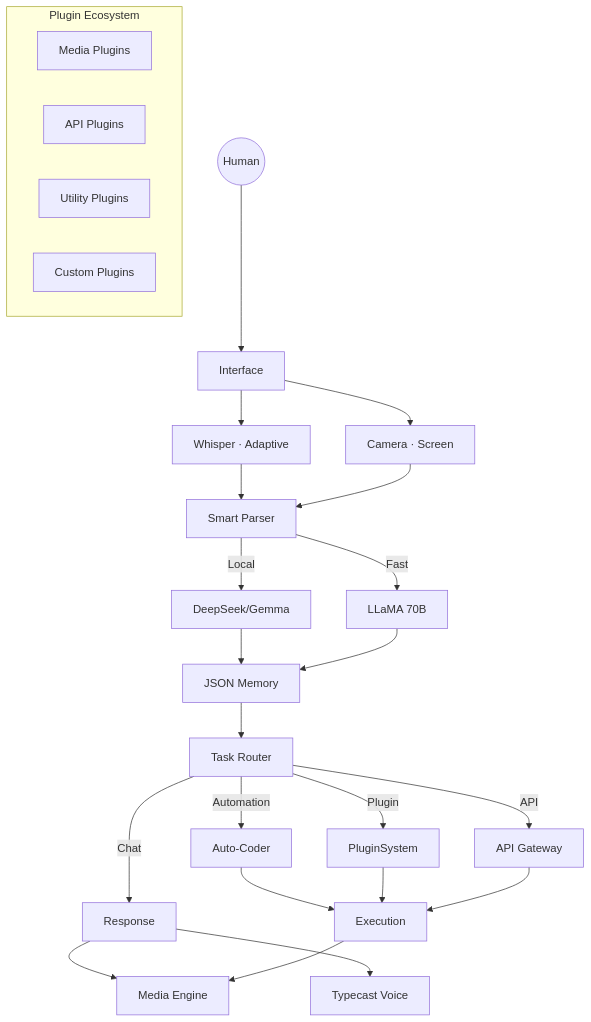
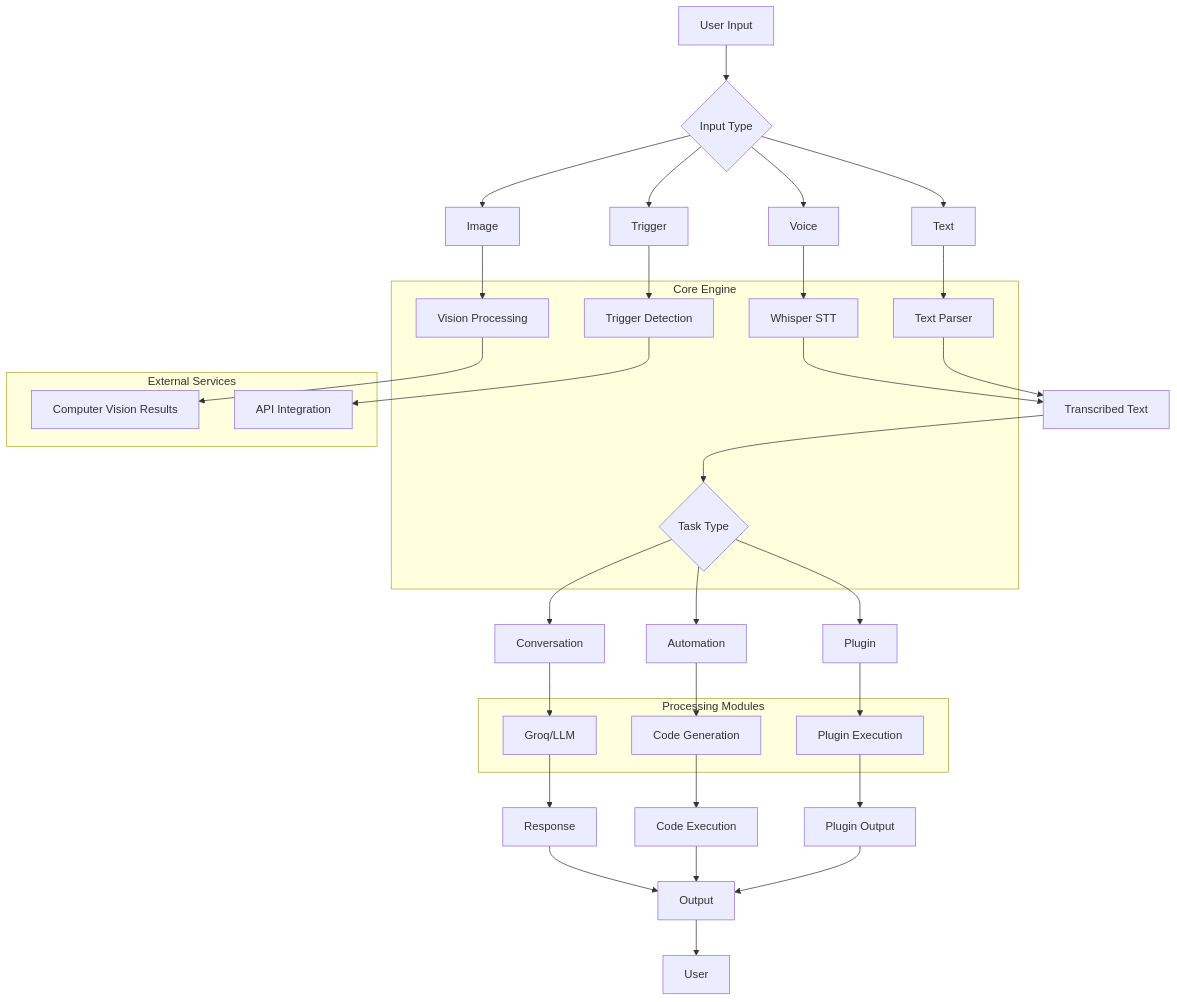
One commit to nissanpatrolk5037-ctrl/Optimind changed the second of 3 diagrams in README.md. Above: the diagram before and after it, drawn with Mermaid.

````diff
--- a/README.md
+++ b/README.md
@@ -95,34 +95,56 @@
 ```mermaid
-flowchart TB
-    User((Human)) --> Interface
-    Interface --> STT[Whisper · Adaptive]
-    Interface --> Vision[Camera · Screen]
-    STT --> Brain[Smart Parser]
-    Vision --> Brain
-    Brain -->|Local| LocalLLMs[DeepSeek/Gemma]
-    Brain -->|Fast| Groq[LLaMA 70B]
+graph TB
+    A[User Input] --> B{Input Type}
+    B --> C[Voice]
+    B --> D[Text]
+    B --> E[Image]
+    B --> F[Trigger]
     
-    subgraph "Plugin Ecosystem"
-        P1[Media Plugins]
-        P2[API Plugins]
-        P3[Utility Plugins]
-        P4[Custom Plugins]
+    C --> G[Whisper STT]
+    D --> H[Text Parser]
+    E --> I[Vision Processing]
+    F --> J[Trigger Detection]
+    
+    G --> K[Transcribed Text]
+    H --> K
+    I --> L[Computer Vision Results]
+    J --> M[API Integration]
+    
+    K --> N{Task Type}
+    N --> O[Conversation]
+    N --> P[Automation]
+    N --> Q[Plugin]
+    
+    O --> R[Groq/LLM]
+    P --> S[Code Generation]
+    Q --> T[Plugin Execution]
+    
+    R --> U[Response]
+    S --> V[Code Execution]
+    T --> W[Plugin Output]
+    
+    U --> X[Output]
+    V --> X
+    W --> X
+    
+    X --> Y[User]
+    
+    subgraph "Core Engine"
+        G
+        H
+        I
+        J
+        N
     end
     
-    LocalLLMs --> Memory[JSON Memory]
-    Groq --> Memory
-    Memory --> Decision[Task Router]
+    subgraph "Processing Modules"
+        R
+        S
+        T
+    end
     
-    Decision -->|Automation| Code[Auto‑Coder]
-    Decision -->|Plugin| PluginSystem
-    Decision -->|API| API[API Gateway]
-    Decision -->|Chat| Response
-    
-    Code --> Output[Execution]
-    PluginSystem --> Output
-    API --> Output
-    Response --> TTS[Typecast Voice]
-    Response --> Media[Media Engine]
-    
-    Output --> Media
+    subgraph "External Services"
+        M
+        L
+    end
 ```
````
